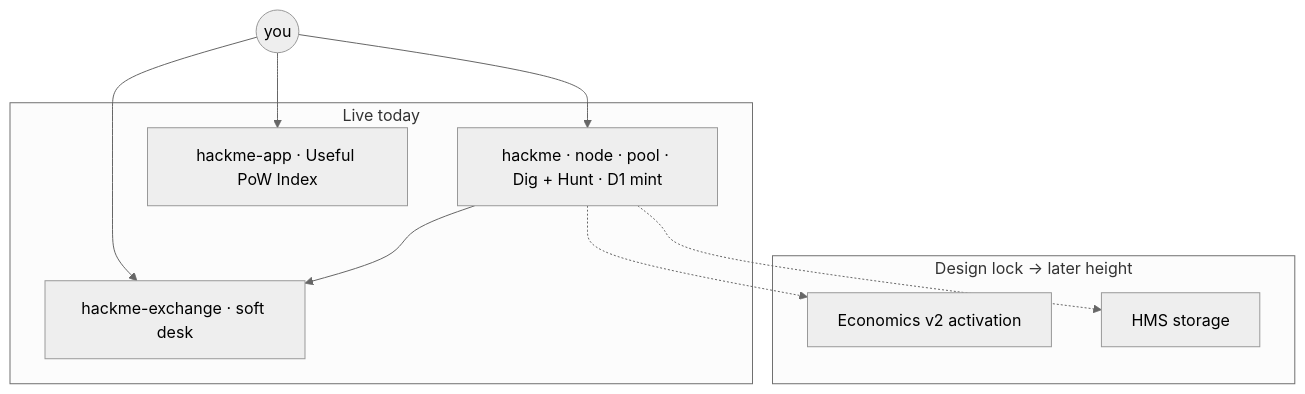
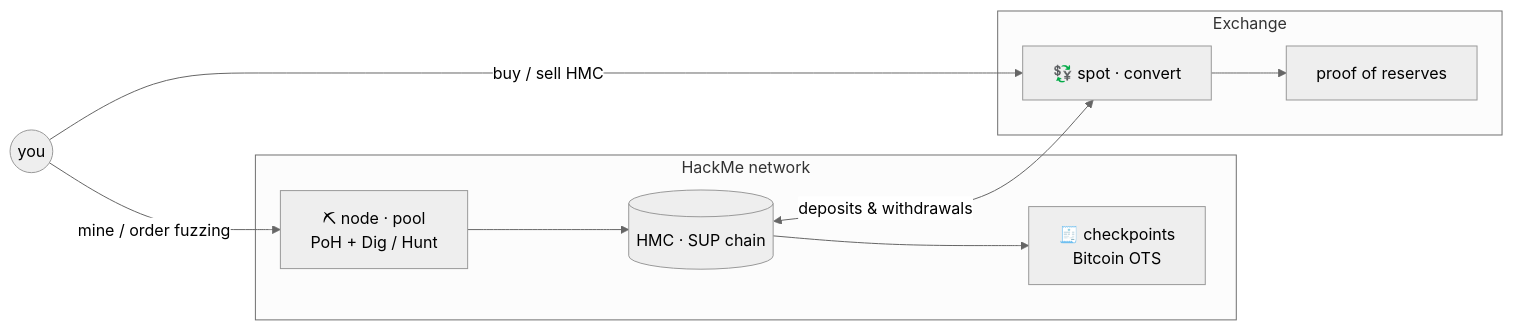
Before and after one commit to jokeez/jokeez: the diagram in README.md, drawn with Mermaid (neutral theme). The commit also changed other lines of this file, not shown here.

Commit message:
Profile README: rc19, Economics v2 at block 550,000, live exchange + proof of reserves, checkpoints, road to 1.0, live badges

````diff
--- a/README.md
+++ b/README.md
@@ -51,18 +66,19 @@
 ```mermaid
-flowchart TB
-  subgraph live [Live today]
-    Core["hackme · node · pool · Dig + Hunt · D1 mint"]
-    Desk["hackme-exchange · soft desk"]
-    Index["hackme-app · Useful PoW Index"]
+flowchart LR
+  you((you))
+  subgraph net [HackMe network]
+    node["⛏ node · pool<br/>PoH + Dig / Hunt"]
+    chain[("HMC · SUP chain")]
+    cp["🧾 checkpoints<br/>Bitcoin OTS"]
   end
-  subgraph next [Design lock → later height]
-    Econ["Economics v2 activation"]
-    HMS["HMS storage"]
+  subgraph market [Exchange]
+    ex["💱 spot · convert"]
+    por["proof of reserves"]
   end
-  User((you)) --> Core
-  User --> Desk
-  User --> Index
-  Core --> Desk
-  Core -.-> Econ
-  Core -.-> HMS
+  you -->|mine / order fuzzing| node
+  node --> chain
+  chain --> cp
+  you -->|buy / sell HMC| ex
+  chain <-->|deposits & withdrawals| ex
+  ex --> por
 ```
````
